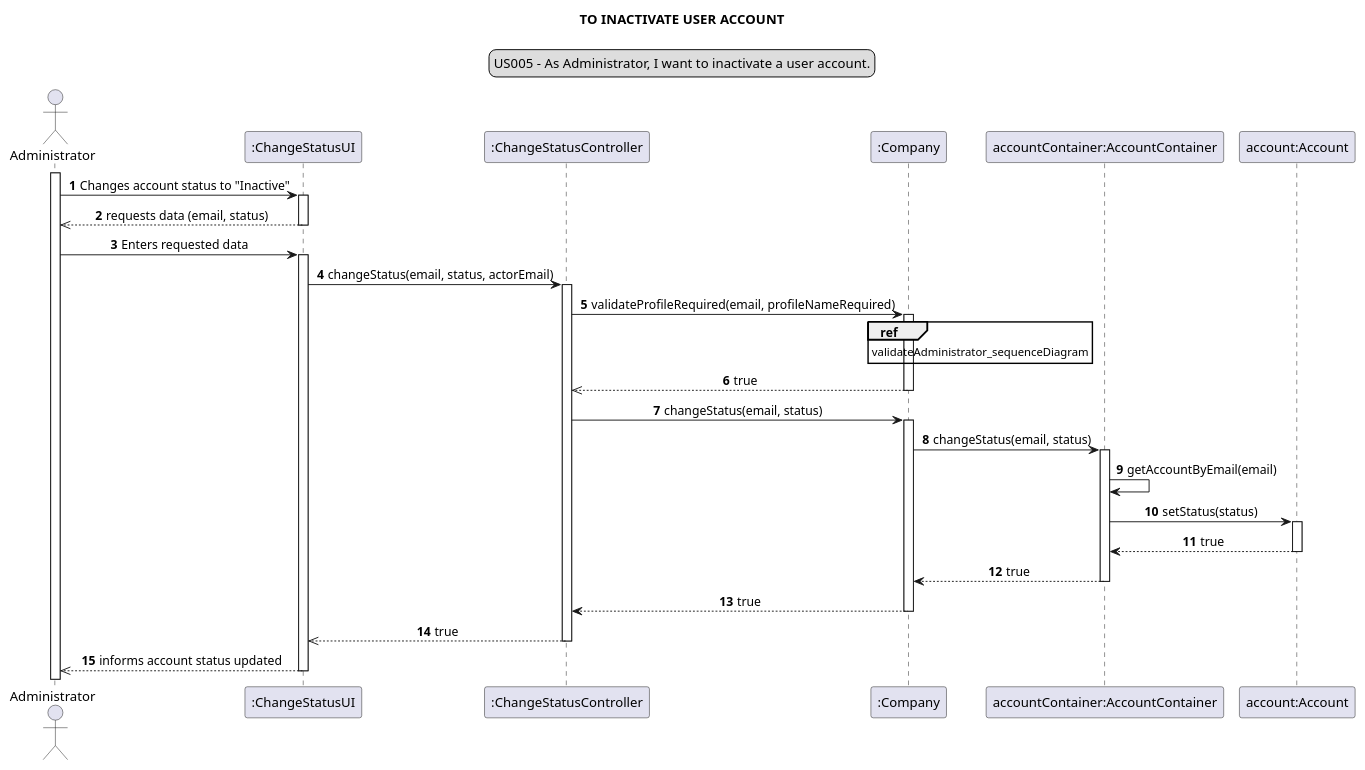
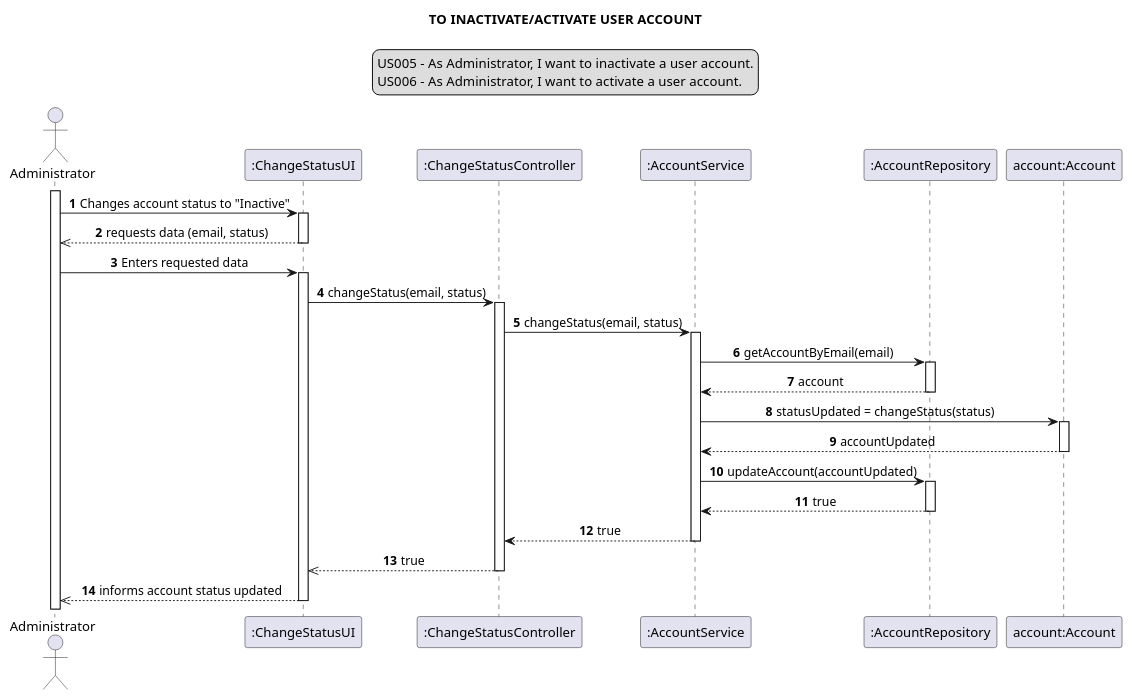
The diagram in docs/modelling_design/user_stories/sprint01/us005/US005_sequenceDiagram.puml (Loracline/project_switch_22-23), drawn with PlantUML before and after one commit. The commit also changed other lines of this file and 8 other files, not shown here.

Commit message:
US05-06:design: update sequence diagram and class diagram. correction to US002 class diagram , closes #371

```diff
--- a/docs/modelling_design/user_stories/sprint01/us005/US005_sequenceDiagram.puml
+++ b/docs/modelling_design/user_stories/sprint01/us005/US005_sequenceDiagram.puml
@@ -1,52 +1,50 @@
 @startuml
 legend top
 US005 - As Administrator, I want to inactivate a user account.
+US006 - As Administrator, I want to activate a user account.
 end legend
 skinparam sequenceMessageAlign center
-title TO INACTIVATE USER ACCOUNT
+title TO INACTIVATE/ACTIVATE USER ACCOUNT
 autonumber
 actor "Administrator" as administrator
 participant ":ChangeStatusUI" as ui
 participant ":ChangeStatusController" as controller
-participant ":Company" as company
-participant "accountContainer:AccountContainer" as container
+
+participant ":AccountService" as service
+participant ":AccountRepository" as repository
 participant "account:Account" as account
 
 activate administrator
 
 administrator -> ui : Changes account status to "Inactive"
 activate ui
-
 ui -->> administrator: requests data (email, status)
 deactivate ui
 administrator -> ui: Enters requested data
 activate ui
+ui -> controller: changeStatus(email, status)
+activate controller
+controller -> service: changeStatus(email, status)
+activate service
+service-> repository: getAccountByEmail(email)
+activate repository
+repository --> service: account
+deactivate repository
+service -> account: statusUpdated = changeStatus(status)
+activate account
+service <-- account: accountUpdated
+deactivate account
 
-ui -> controller: changeStatus(email, status, actorEmail)
-activate controller
+service -> repository: updateAccount(accountUpdated)
+activate repository
+repository --> service: true
 
-controller -> company: validateProfileRequired(email, profileNameRequired)
-activate company
-ref over company: validateAdministrator_sequenceDiagram
-company -->> controller: true
-deactivate company
-controller -> company: changeStatus(email, status)
-activate company
-
-company ->container: changeStatus(email, status)
-activate container
-container-> container: getAccountByEmail(email)
-container -> account: setStatus(status)
-activate account
-container <-- account: true
-deactivate account
-container --> company: true
-deactivate container
-company --> controller: true
-deactivate company
+deactivate repository
+service --> controller: true
+deactivate service
 controller -->> ui: true
 deactivate controller
 ui -->> administrator: informs account status updated
 deactivate ui
 
 @enduml
```
